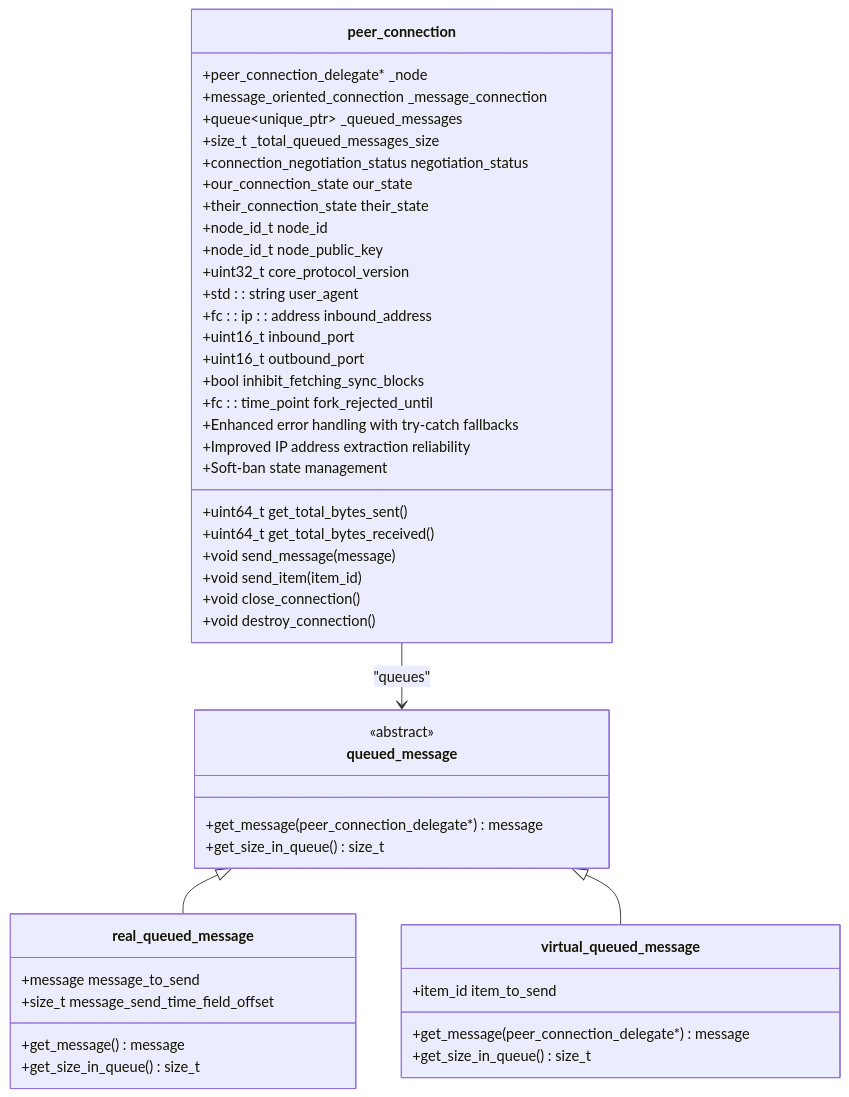
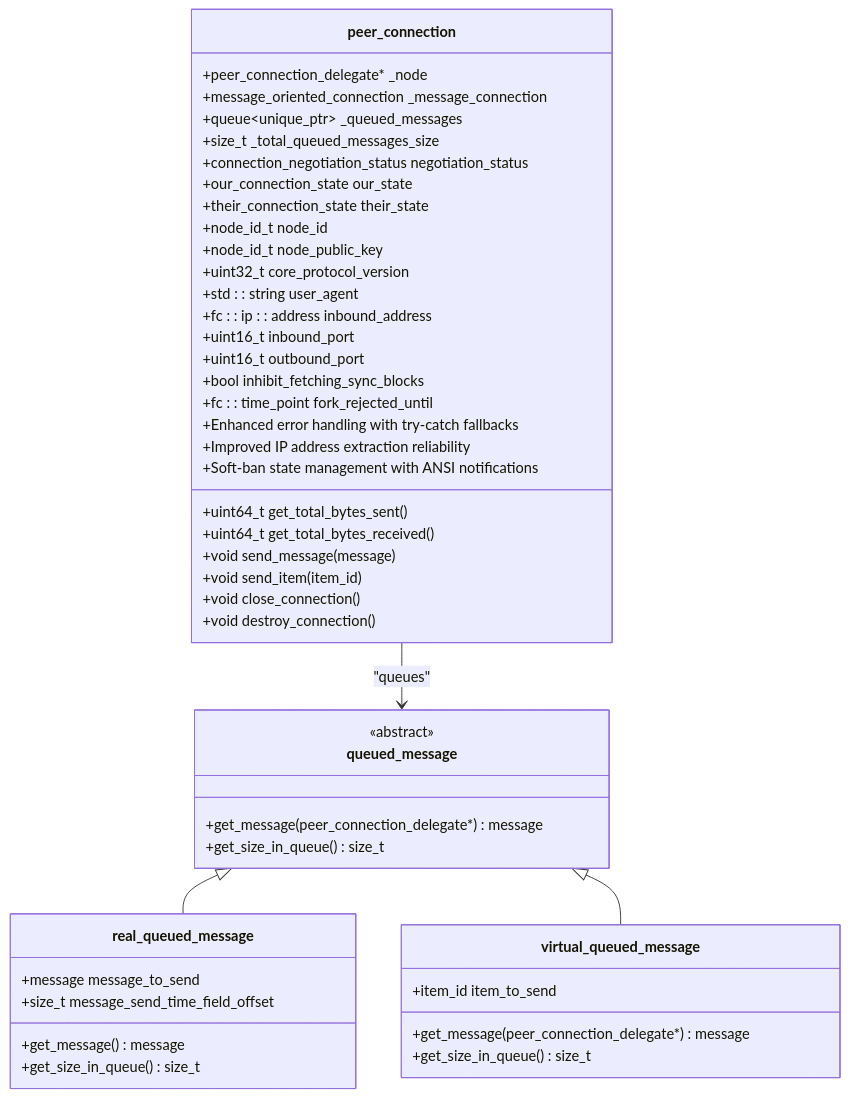
One commit to VIZ-Blockchain/viz-cpp-node changed the third of 11 diagrams in .qoder/repowiki/en/content/Architecture Overview/Core Libraries/Network Library/Peer Connection Management.md. Above: the diagram before and after it, drawn with Mermaid. The commit also changed other lines of this file and 3 other files, not shown here.

````diff
--- a/.qoder/repowiki/en/content/Architecture Overview/Core Libraries/Network Library/Peer Connection Management.md
+++ b/.qoder/repowiki/en/content/Architecture Overview/Core Libraries/Network Library/Peer Connection Management.md
@@ -197,49 +202,49 @@
 ```mermaid
 classDiagram
 class peer_connection {
 +peer_connection_delegate* _node
 +message_oriented_connection _message_connection
 +queue~unique_ptr~ _queued_messages
 +size_t _total_queued_messages_size
 +connection_negotiation_status negotiation_status
 +our_connection_state our_state
 +their_connection_state their_state
 +node_id_t node_id
 +node_id_t node_public_key
 +uint32_t core_protocol_version
 +std : : string user_agent
 +fc : : ip : : address inbound_address
 +uint16_t inbound_port
 +uint16_t outbound_port
 +bool inhibit_fetching_sync_blocks
 +fc : : time_point fork_rejected_until
 +uint64_t get_total_bytes_sent()
 +uint64_t get_total_bytes_received()
 +void send_message(message)
 +void send_item(item_id)
 +void close_connection()
 +void destroy_connection()
 +Enhanced error handling with try-catch fallbacks
 +Improved IP address extraction reliability
-+Soft-ban state management
++Soft-ban state management with ANSI notifications
 }
 class queued_message {
 <<abstract>>
 +get_message(peer_connection_delegate*) message
 +get_size_in_queue() size_t
 }
 class real_queued_message {
 +message message_to_send
 +size_t message_send_time_field_offset
 +get_message() message
 +get_size_in_queue() size_t
 }
 class virtual_queued_message {
 +item_id item_to_send
 +get_message(peer_connection_delegate*) message
 +get_size_in_queue() size_t
 }
 peer_connection --> queued_message : "queues"
 queued_message <|-- real_queued_message
 queued_message <|-- virtual_queued_message
 ```
````
